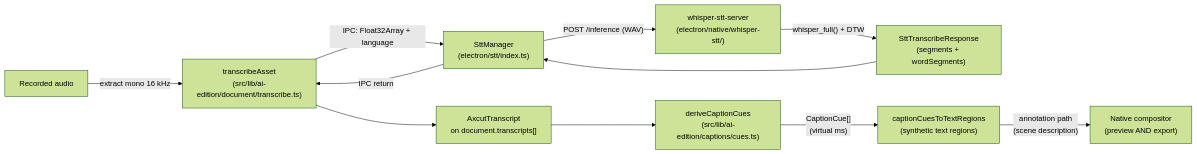
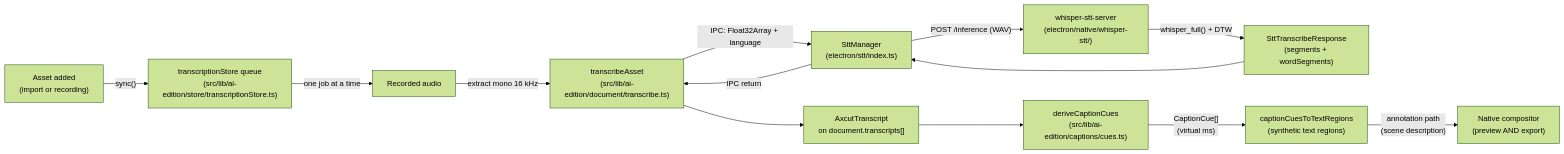
Before and after one commit to EtienneLescot/openscreen: the diagram in technical-documentation/architecture/transcription-and-captions.md, drawn with Mermaid (forest theme). The commit also changed other lines of this file and 57 other files, not shown here.

````diff
--- a/technical-documentation/architecture/transcription-and-captions.md
+++ b/technical-documentation/architecture/transcription-and-captions.md
@@ -14,13 +14,15 @@
 ```mermaid
 flowchart LR
-    A["Recorded audio"] -- "extract mono 16 kHz" --> B["transcribeAsset<br/>(src/lib/ai-edition/document/transcribe.ts)"]
+    Z["Asset added<br/>(import or recording)"] -- "sync()" --> Y["transcriptionStore queue<br/>(src/lib/ai-edition/store/transcriptionStore.ts)"]
+    Y -- "one job at a time" --> A["Recorded audio"]
+    A -- "extract mono 16 kHz" --> B["transcribeAsset<br/>(src/lib/ai-edition/document/transcribe.ts)"]
     B -- "IPC: Float32Array + language" --> C["SttManager<br/>(electron/stt/index.ts)"]
     C -- "POST /inference (WAV)" --> D["whisper-stt-server<br/>(electron/native/whisper-stt/)"]
     D -- "whisper_full() + DTW" --> E["SttTranscribeResponse<br/>(segments + wordSegments)"]
     E --> C
     C -- "IPC return" --> B
     B --> F["AxcutTranscript<br/>on document.transcripts[]"]
     F --> G["deriveCaptionCues<br/>(src/lib/ai-edition/captions/cues.ts)"]
     G -- "CaptionCue[]<br/>(virtual ms)" --> H["captionCuesToTextRegions<br/>(synthetic text regions)"]
     H -- "annotation path<br/>(scene description)" --> I["Native compositor<br/>(preview AND export)"]
 ```
````
